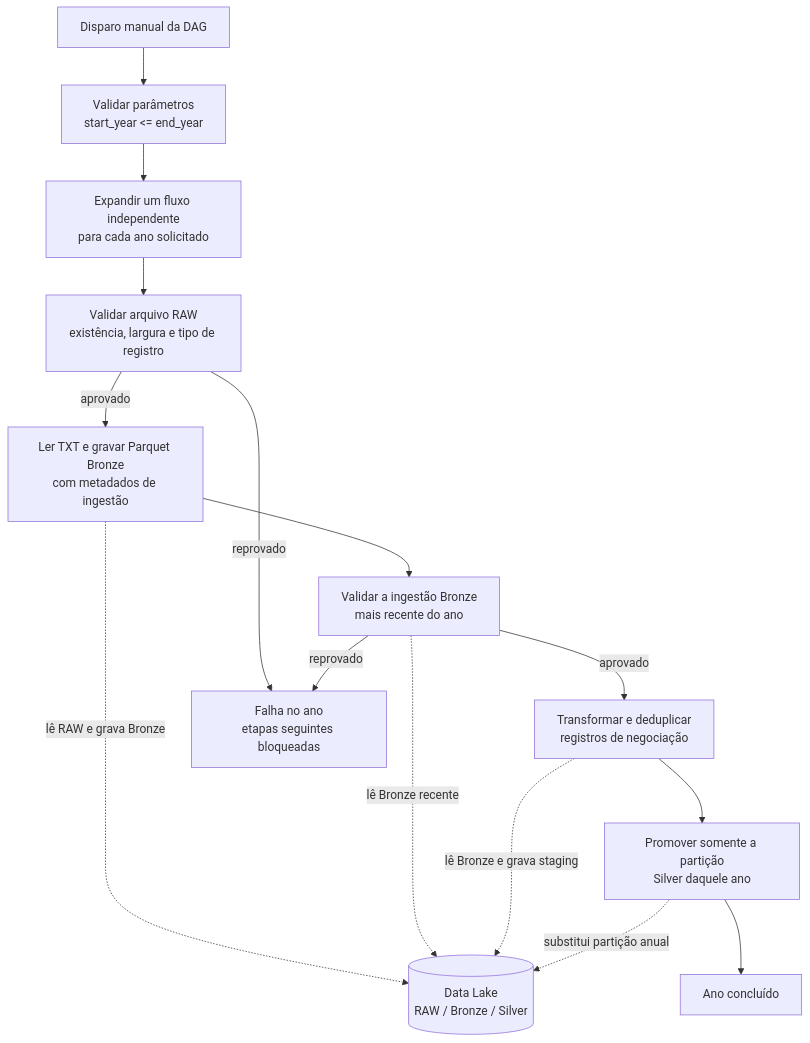
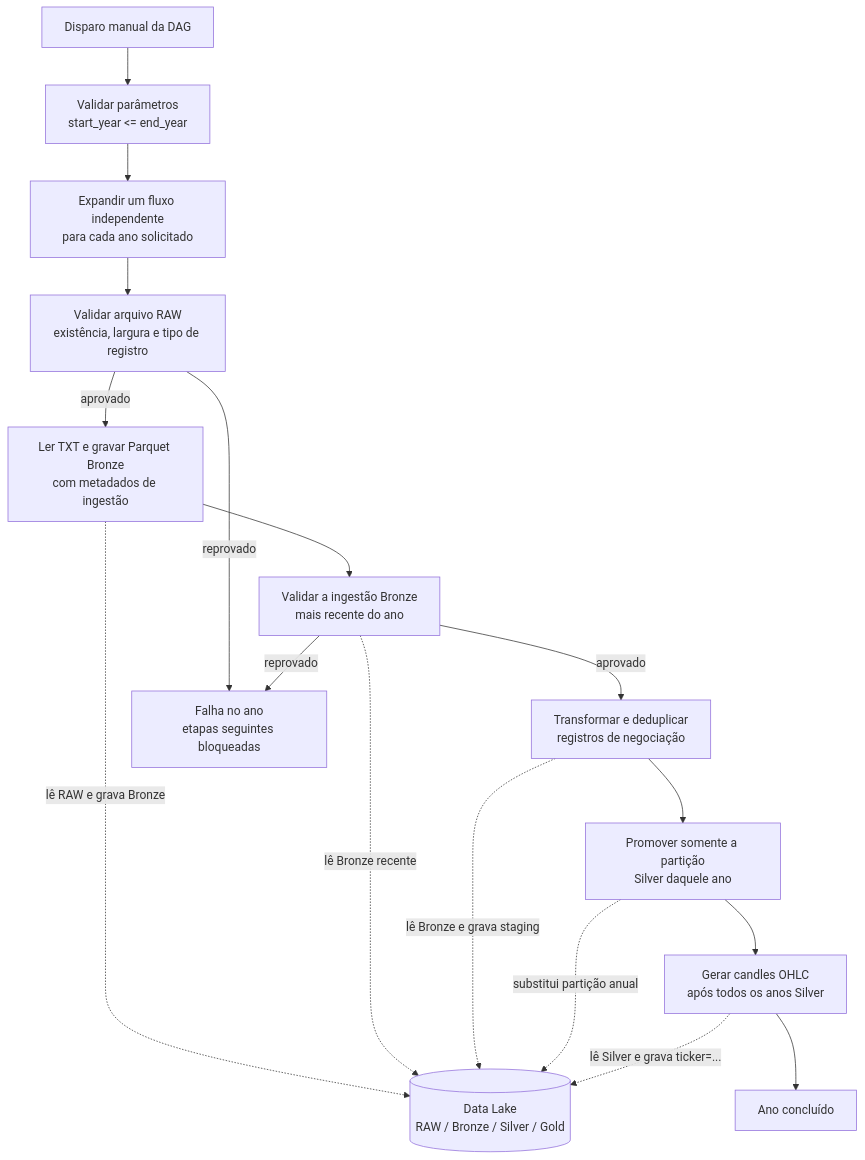
One commit to BiellBatista/Python.DataEngineering changed the first of 2 diagrams in B3-Pipelines/docs/historical-series/index.md. Above: the diagram before and after it, drawn with Mermaid. The commit also changed other lines of this file and 31 other files, not shown here.

First line of the commit message:
feat: add Gold layer for candles in B3-Pipelines

````diff
--- a/B3-Pipelines/docs/historical-series/index.md
+++ b/B3-Pipelines/docs/historical-series/index.md
@@ -82,27 +88,31 @@
 ```mermaid
 flowchart TD
     Trigger["Disparo manual da DAG"]
     Params["Validar parâmetros<br/>start_year <= end_year"]
     Map["Expandir um fluxo independente<br/>para cada ano solicitado"]
     RawDQ["Validar arquivo RAW<br/>existência, largura e tipo de registro"]
     Bronze["Ler TXT e gravar Parquet Bronze<br/>com metadados de ingestão"]
     BronzeDQ["Validar a ingestão Bronze<br/>mais recente do ano"]
     Silver["Transformar e deduplicar<br/>registros de negociação"]
     Promote["Promover somente a partição<br/>Silver daquele ano"]
+    Gold["Gerar candles OHLC<br/>após todos os anos Silver"]
     Success["Ano concluído"]
     Failure["Falha no ano<br/>etapas seguintes bloqueadas"]
-    Lake[("Data Lake<br/>RAW / Bronze / Silver")]
+    Lake[("Data Lake<br/>RAW / Bronze / Silver / Gold")]
 
     Trigger --> Params --> Map
     Map --> RawDQ
     RawDQ -->|"aprovado"| Bronze
     RawDQ -->|"reprovado"| Failure
     Bronze --> BronzeDQ
     BronzeDQ -->|"aprovado"| Silver
     BronzeDQ -->|"reprovado"| Failure
-    Silver --> Promote --> Success
+    Silver --> Promote
+    Promote --> Gold
+    Gold --> Success
     Bronze -.->|"lê RAW e grava Bronze"| Lake
     BronzeDQ -.->|"lê Bronze recente"| Lake
     Silver -.->|"lê Bronze e grava staging"| Lake
     Promote -.->|"substitui partição anual"| Lake
+    Gold -.->|"lê Silver e grava ticker=..."| Lake
 ```
````
